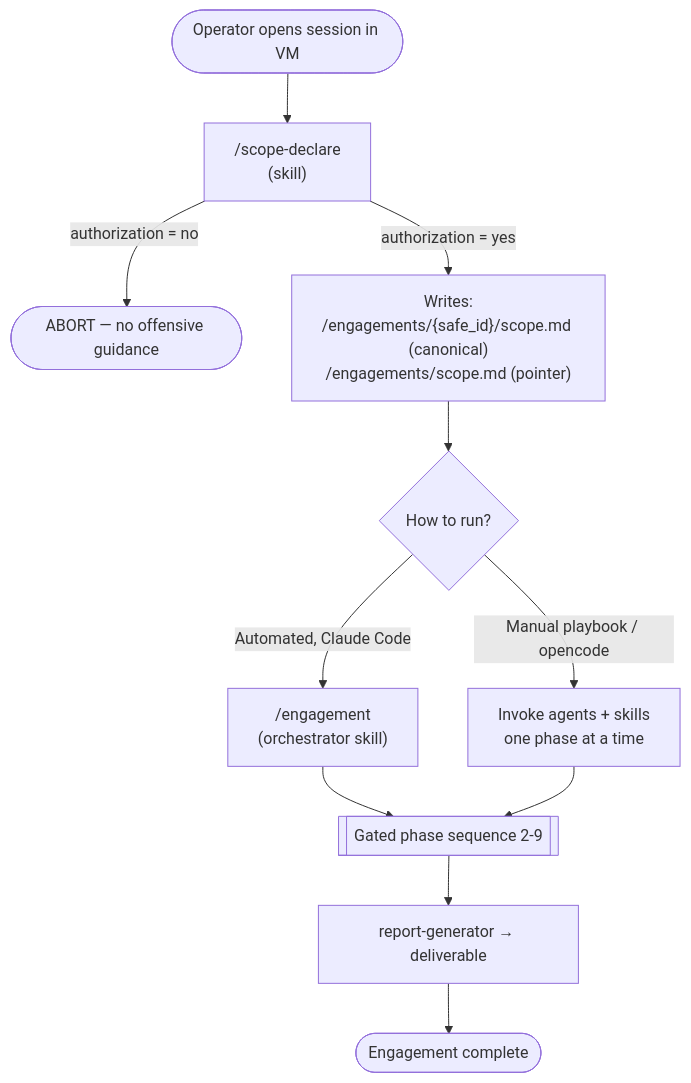
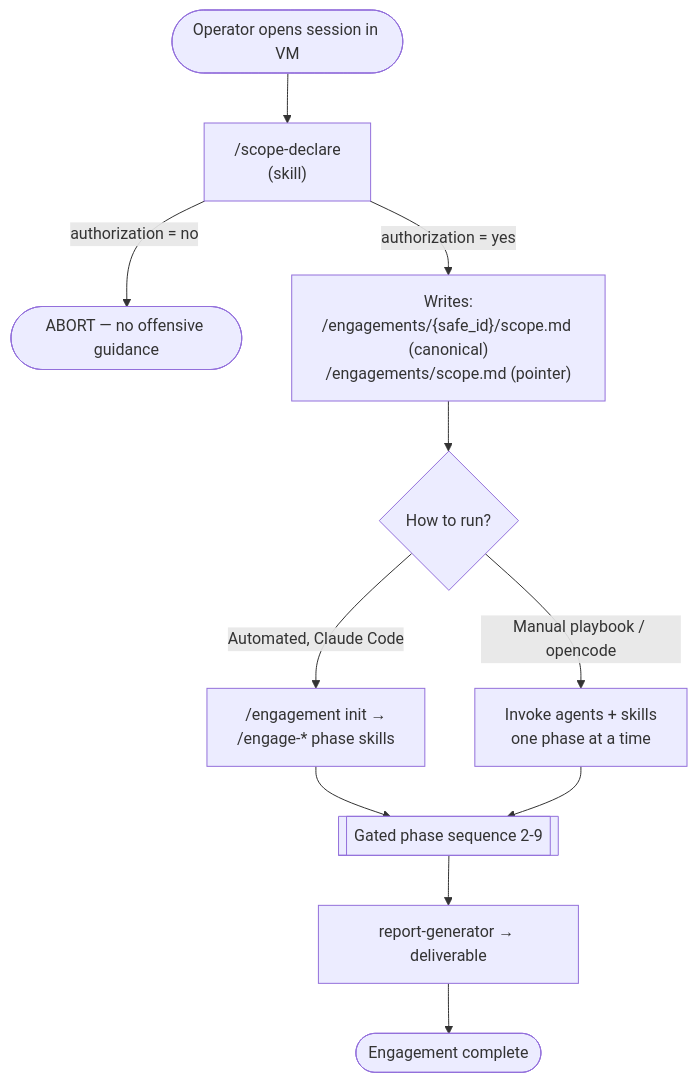
One commit to ogeidr/pt-ai changed the first of 5 diagrams in docs/WORKFLOW.md. Above: the diagram before and after it, drawn with Mermaid. The commit also changed other lines of this file and 11 other files, not shown here.

````diff
--- a/docs/WORKFLOW.md
+++ b/docs/WORKFLOW.md
@@ -27,15 +30,15 @@
 ```mermaid
 flowchart TD
     start([Operator opens session in VM]) --> scope["/scope-declare<br/>(skill)"]
     scope -->|"authorization = no"| abort([ABORT — no offensive guidance])
     scope -->|"authorization = yes"| write["Writes:<br/>/engagements/{safe_id}/scope.md (canonical)<br/>/engagements/scope.md (pointer)"]
 
     write --> fork{How to run?}
-    fork -->|Automated, Claude Code| eng["/engagement<br/>(orchestrator skill)"]
+    fork -->|Automated, Claude Code| eng["/engagement init →<br/>/engage-* phase skills"]
     fork -->|Manual playbook / opencode| manual["Invoke agents + skills<br/>one phase at a time"]
 
     eng --> phases[[Gated phase sequence 2-9]]
     manual --> phases
     phases --> report["report-generator → deliverable"]
     report --> done([Engagement complete])
 ```
````
